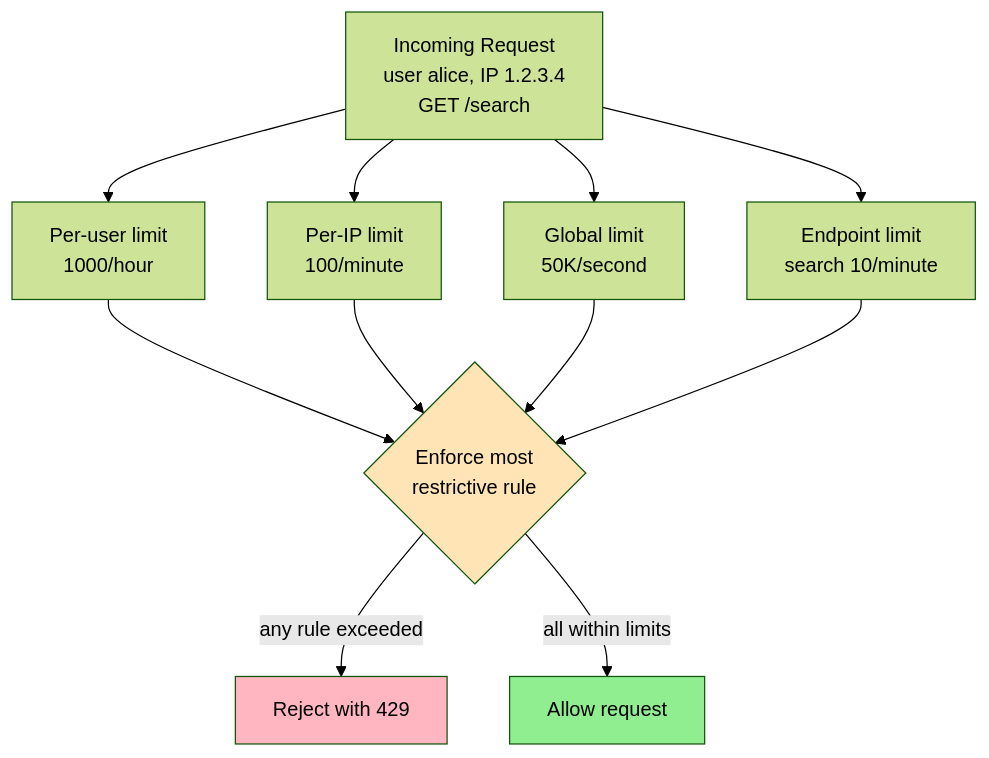
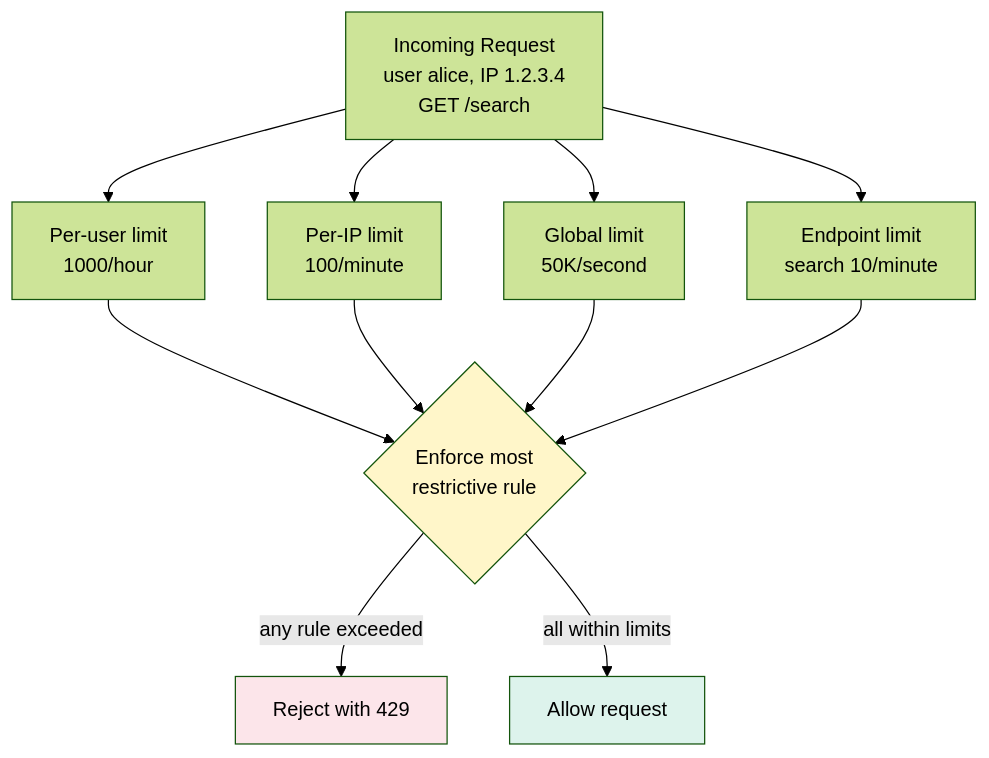
One commit to cartmancodes/InterviewVault changed the first of 2 diagrams in LLD/SystemDesign/ProblemBreakdowns/RateLimiter.md. Above: the diagram before and after it, drawn with Mermaid (forest theme). The commit also changed 679 other files, not shown here.

Commit message:
Unify content diagrams and add accessible visual walkthroughs

````diff
--- a/LLD/SystemDesign/ProblemBreakdowns/RateLimiter.md
+++ b/LLD/SystemDesign/ProblemBreakdowns/RateLimiter.md
@@ -170,18 +170,18 @@
 ```mermaid
 graph TB
     REQ["Incoming Request<br/>user alice, IP 1.2.3.4<br/>GET /search"]
     REQ --> U["Per-user limit<br/>1000/hour"]
     REQ --> IP["Per-IP limit<br/>100/minute"]
     REQ --> GL["Global limit<br/>50K/second"]
     REQ --> EP["Endpoint limit<br/>search 10/minute"]
     U --> DEC{"Enforce most<br/>restrictive rule"}
     IP --> DEC
     GL --> DEC
     EP --> DEC
     DEC -->|any rule exceeded| BLOCK["Reject with 429"]
     DEC -->|all within limits| PASS["Allow request"]
 
-    style DEC fill:#FFE4B5
-    style BLOCK fill:#FFB6C1
-    style PASS fill:#90EE90
+    style DEC fill:#FFF6C9
+    style BLOCK fill:#FCE5EA
+    style PASS fill:#DDF3EC
 ```
````
